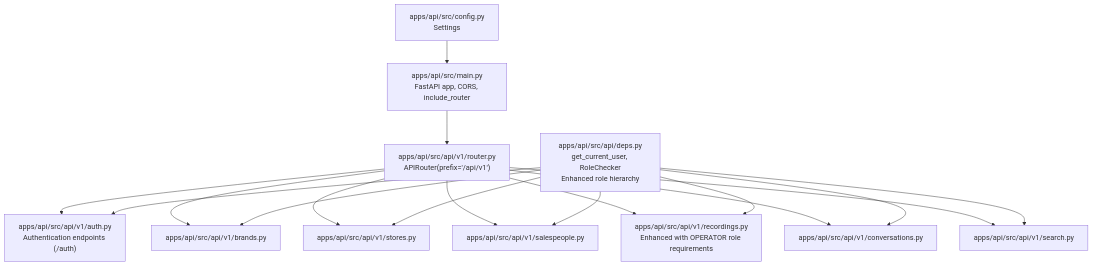
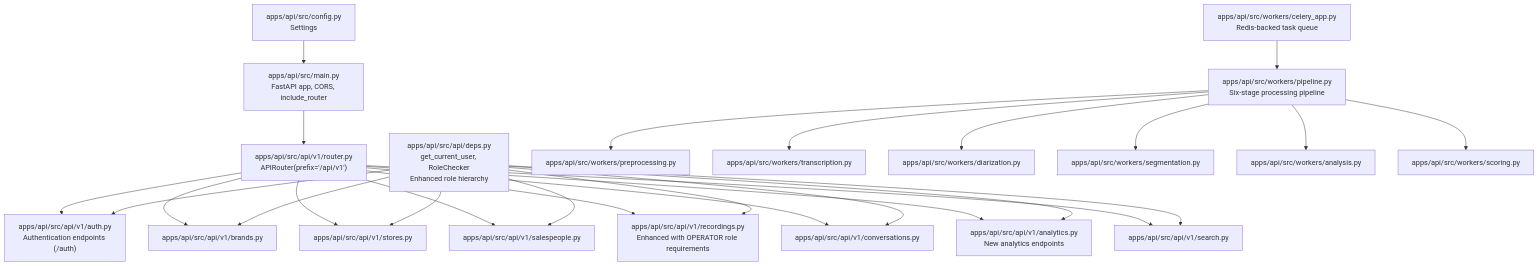
One commit to userisaziz/cxsamaa.store changed the first of 9 diagrams in .qoder/repowiki/en/content/Backend API Documentation/Backend API Documentation.md. Above: the diagram before and after it, drawn with Mermaid. The commit also changed other lines of this file and 113 other files, not shown here.

First line of the commit message:
feat(api): add analytics and celery pipeline for recording processing

````diff
--- a/.qoder/repowiki/en/content/Backend API Documentation/Backend API Documentation.md
+++ b/.qoder/repowiki/en/content/Backend API Documentation/Backend API Documentation.md
@@ -72,19 +87,28 @@
 ```mermaid
 graph TB
 A["apps/api/src/main.py<br/>FastAPI app, CORS, include_router"] --> B["apps/api/src/api/v1/router.py<br/>APIRouter(prefix='/api/v1')"]
 B --> C["apps/api/src/api/v1/auth.py<br/>Authentication endpoints (/auth)"]
 B --> D["apps/api/src/api/v1/brands.py"]
 B --> E["apps/api/src/api/v1/stores.py"]
 B --> F["apps/api/src/api/v1/salespeople.py"]
 B --> G["apps/api/src/api/v1/recordings.py<br/>Enhanced with OPERATOR role requirements"]
 B --> H["apps/api/src/api/v1/conversations.py"]
-B --> I["apps/api/src/api/v1/search.py"]
-J["apps/api/src/api/deps.py<br/>get_current_user, RoleChecker<br/>Enhanced role hierarchy"] --> C
-J --> D
-J --> E
-J --> F
-J --> G
-J --> H
-J --> I
-K["apps/api/src/config.py<br/>Settings"] --> A
+B --> I["apps/api/src/api/v1/analytics.py<br/>New analytics endpoints"]
+B --> J["apps/api/src/api/v1/search.py"]
+K["apps/api/src/api/deps.py<br/>get_current_user, RoleChecker<br/>Enhanced role hierarchy"] --> C
+K --> D
+K --> E
+K --> F
+K --> G
+K --> H
+K --> I
+K --> J
+L["apps/api/src/config.py<br/>Settings"] --> A
+M["apps/api/src/workers/celery_app.py<br/>Redis-backed task queue"] --> N["apps/api/src/workers/pipeline.py<br/>Six-stage processing pipeline"]
+N --> O["apps/api/src/workers/preprocessing.py"]
+N --> P["apps/api/src/workers/transcription.py"]
+N --> Q["apps/api/src/workers/diarization.py"]
+N --> R["apps/api/src/workers/segmentation.py"]
+N --> S["apps/api/src/workers/analysis.py"]
+N --> T["apps/api/src/workers/scoring.py"]
 ```
````
